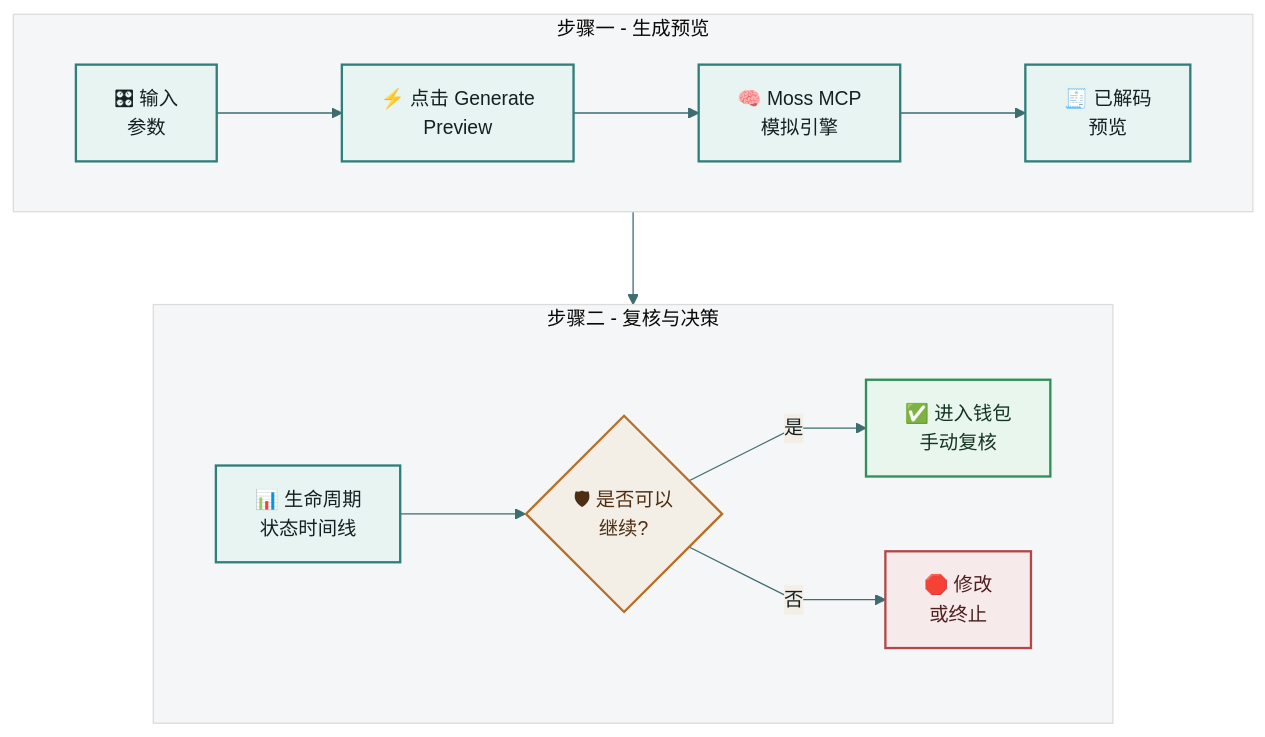
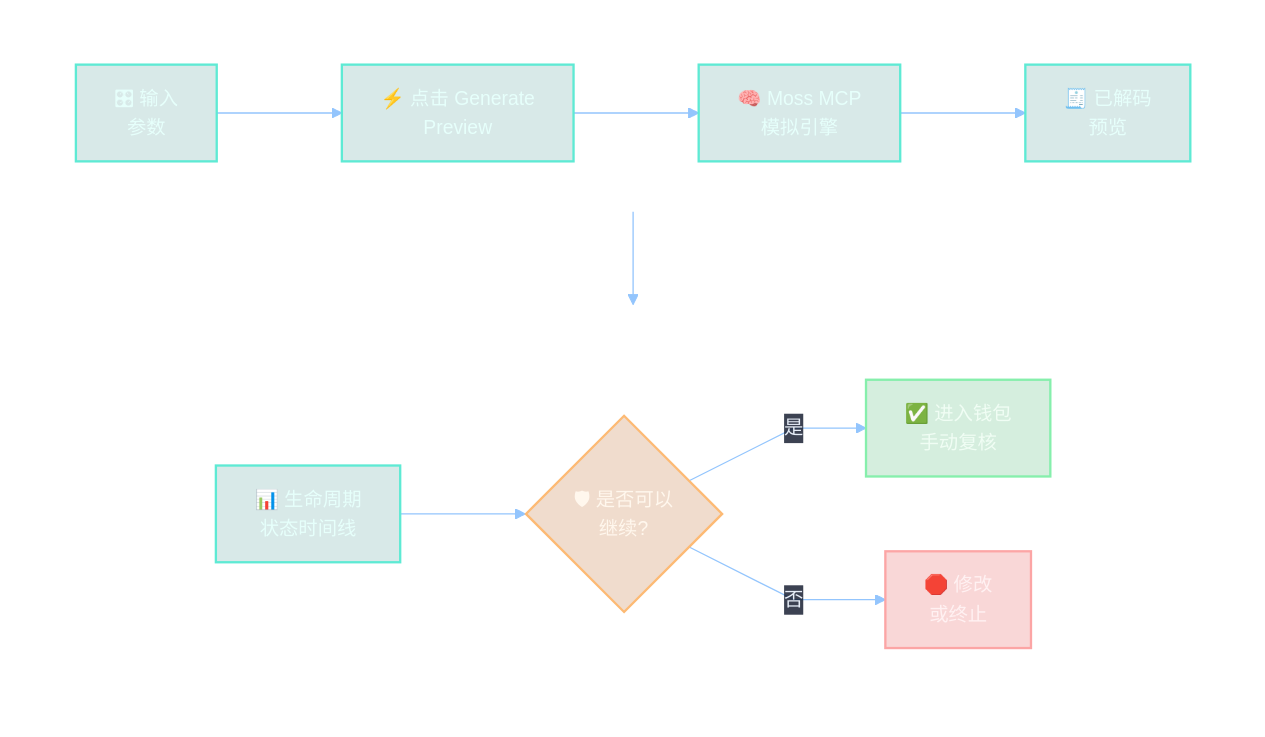
Before and after one commit to sunshineluyao/Moss-Mcp-Transaction: the fifth of 8 diagrams in README.md, drawn with Mermaid. The commit also changed other lines of this file, not shown here.

Commit message:
docs: add GIF workflow and diagram color design notes

````diff
--- a/README.md
+++ b/README.md
@@ -493,29 +527,29 @@
 ```mermaid
-%%{init: {'theme':'base','flowchart': {'htmlLabels': true, 'nodeSpacing': 58, 'rankSpacing': 72, 'curve': 'linear'},'themeVariables': {'fontFamily':'Trebuchet MS, Segoe UI, sans-serif','fontSize':'15px','primaryColor':'#e8f4f2','primaryBorderColor':'#2f7f7a','primaryTextColor':'#142022','lineColor':'#3d6d70','secondaryColor':'#f4efe6','tertiaryColor':'#f4f6f7'}}}%%
+%%{init: {'theme':'base','flowchart': {'htmlLabels': true, 'nodeSpacing': 58, 'rankSpacing': 72, 'curve': 'linear'},'themeVariables': {'fontFamily':'Trebuchet MS, Segoe UI, sans-serif','fontSize':'15px','primaryColor':'transparent','primaryBorderColor':'#5eead4','primaryTextColor':'#e6edf7','lineColor':'#93c5fd','secondaryColor':'rgba(15,23,42,0.18)','tertiaryColor':'transparent','background':'transparent','edgeLabelBackground':'rgba(15,23,42,0.62)'},'themeCSS': '.edgeLabel rect{fill:rgba(15,23,42,0.62)!important;stroke:rgba(148,163,184,0.45)!important;} .edgeLabel p,.edgeLabel span{color:#e6edf7!important;}'} }%%
 flowchart TB
   subgraph R1[步骤一 - 生成预览]
     direction LR
     A["🎛 输入<br/>参数"] --> B["⚡ 点击 Generate<br/>Preview"]
     B --> C["🧠 Moss MCP<br/>模拟引擎"]
     C --> D["🧾 已解码<br/>预览"]
   end
 
   subgraph R2[步骤二 - 复核与决策]
     direction LR
     E["📊 生命周期<br/>状态时间线"] --> F{"🛡 是否可以<br/>继续?"}
     F -->|是| G["✅ 进入钱包<br/>手动复核"]
     F -->|否| H["🛑 修改<br/>或终止"]
   end
 
   D --> E
 
-  classDef main fill:#e8f4f2,stroke:#2f7f7a,stroke-width:1.8px,color:#142022;
-  classDef decision fill:#f4efe6,stroke:#b86f28,stroke-width:1.8px,color:#4d2e13;
-  classDef success fill:#e9f6ed,stroke:#2f8f57,stroke-width:1.8px,color:#153523;
-  classDef stop fill:#f7eaea,stroke:#b24848,stroke-width:1.8px,color:#4f1f1f;
+  classDef main fill:#0f766e29,stroke:#5eead4,stroke-width:1.8px,color:#e6fffb;
+  classDef decision fill:#b4530933,stroke:#fdba74,stroke-width:1.8px,color:#fff7ed;
+  classDef success fill:#16a34a2e,stroke:#86efac,stroke-width:1.8px,color:#f0fdf4;
+  classDef stop fill:#dc26262e,stroke:#fca5a5,stroke-width:1.8px,color:#fff1f2;
 
   class A,B,C,D,E main;
   class F decision;
   class G success;
   class H stop;
 ```
````
